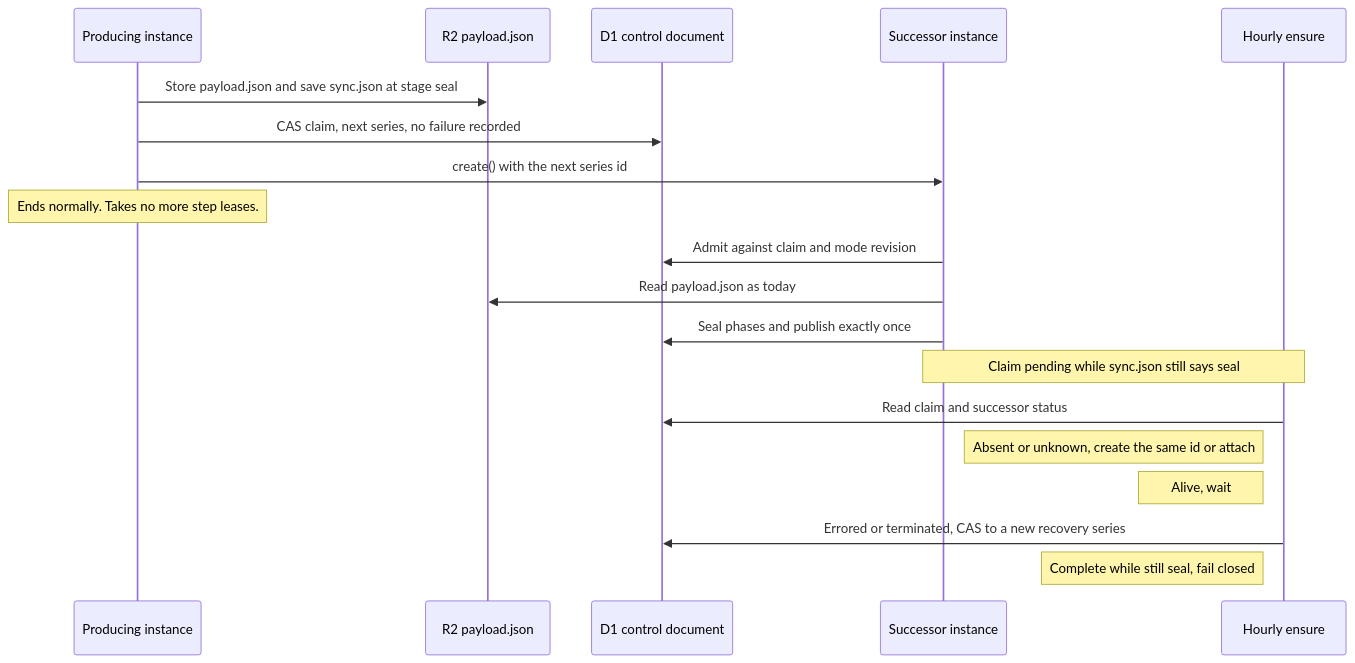
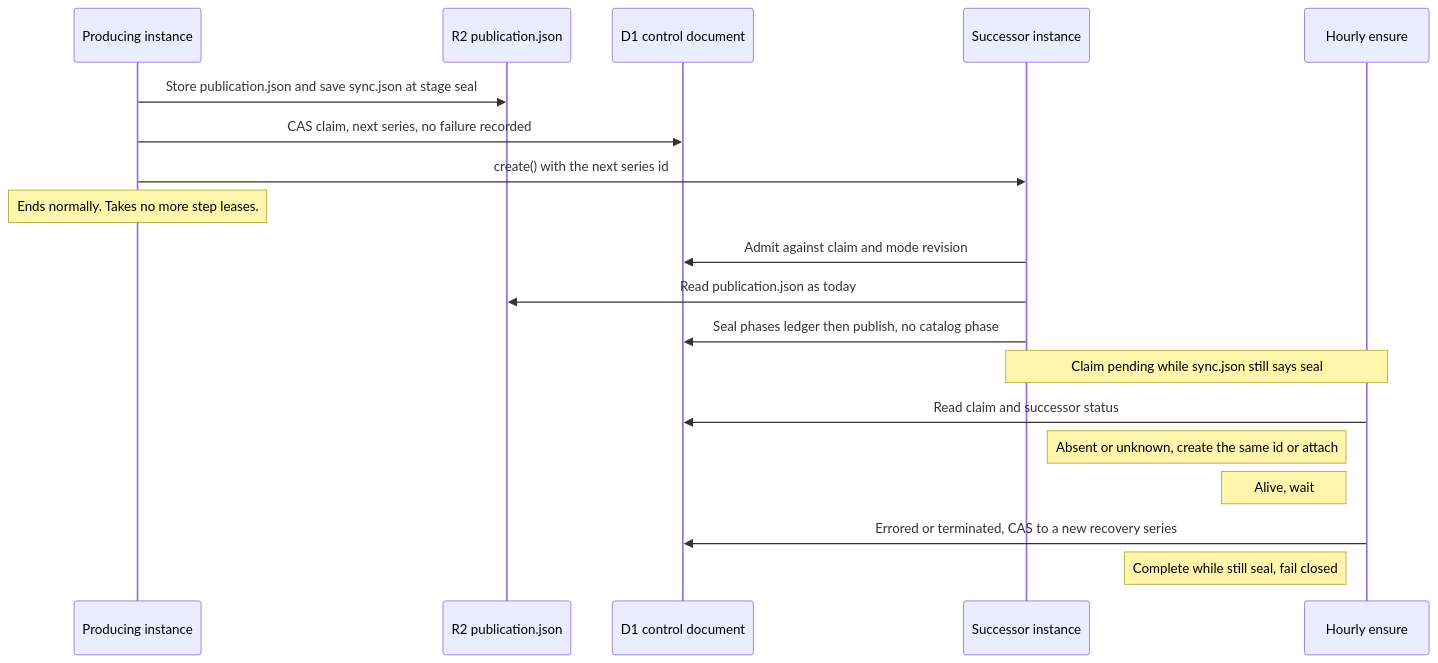
One commit to vladimino/iptv-watchlist changed the seventh of 12 diagrams in docs/architecture/scheduling-and-orchestration.md. Above: the diagram before and after it, drawn with Mermaid. The commit also changed other lines of this file and 6 other files, not shown here.

Commit message:
Implement ADR 0145 layout D: publication.json seal staging without catalog phase

````diff
--- a/docs/architecture/scheduling-and-orchestration.md
+++ b/docs/architecture/scheduling-and-orchestration.md
@@ -216,21 +216,21 @@
 ```mermaid
 sequenceDiagram
     participant P as Producing instance
-    participant R2 as R2 payload.json
+    participant R2 as R2 publication.json
     participant C as D1 control document
     participant S as Successor instance
     participant H as Hourly ensure
-    P->>R2: Store payload.json and save sync.json at stage seal
+    P->>R2: Store publication.json and save sync.json at stage seal
     P->>C: CAS claim, next series, no failure recorded
     P->>S: create() with the next series id
     Note over P: Ends normally. Takes no more step leases.
     S->>C: Admit against claim and mode revision
-    S->>R2: Read payload.json as today
-    S->>C: Seal phases and publish exactly once
+    S->>R2: Read publication.json as today
+    S->>C: Seal phases ledger then publish, no catalog phase
     Note over H,S: Claim pending while sync.json still says seal
     H->>C: Read claim and successor status
     Note left of H: Absent or unknown, create the same id or attach
     Note left of H: Alive, wait
     H->>C: Errored or terminated, CAS to a new recovery series
     Note left of H: Complete while still seal, fail closed
 ```
````
